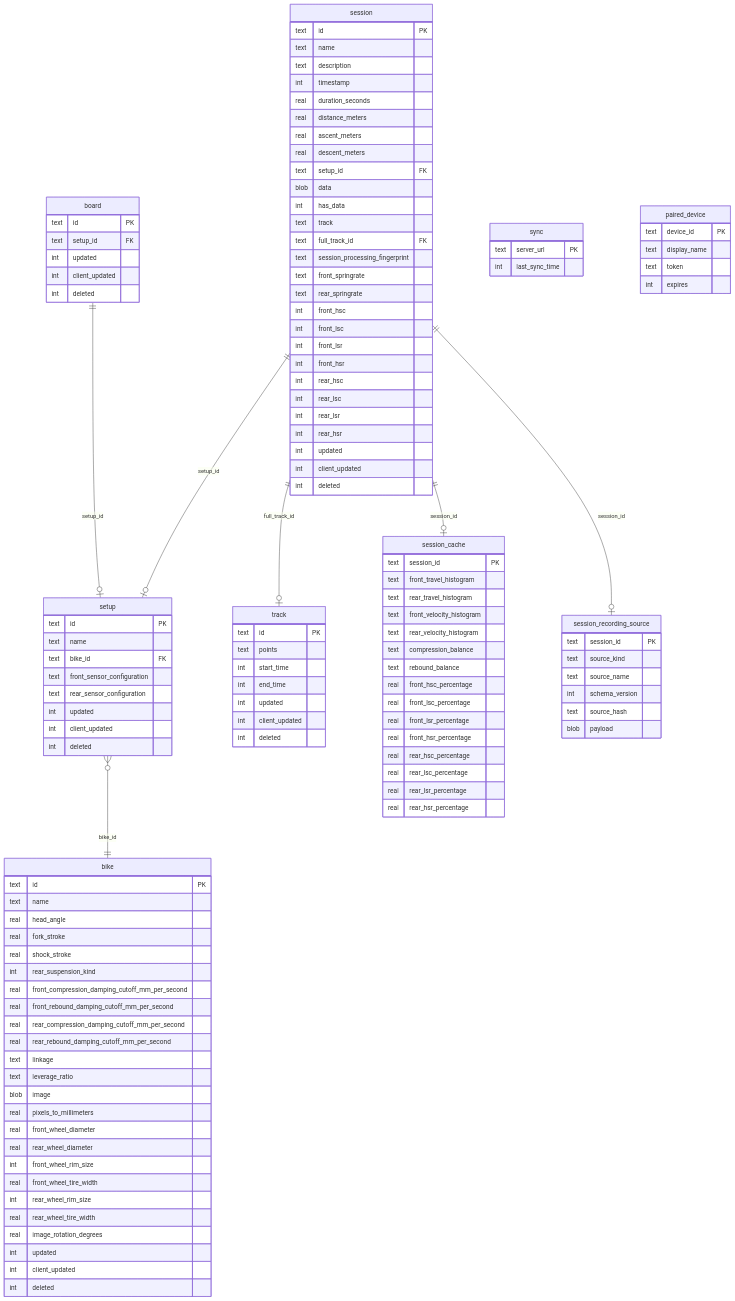
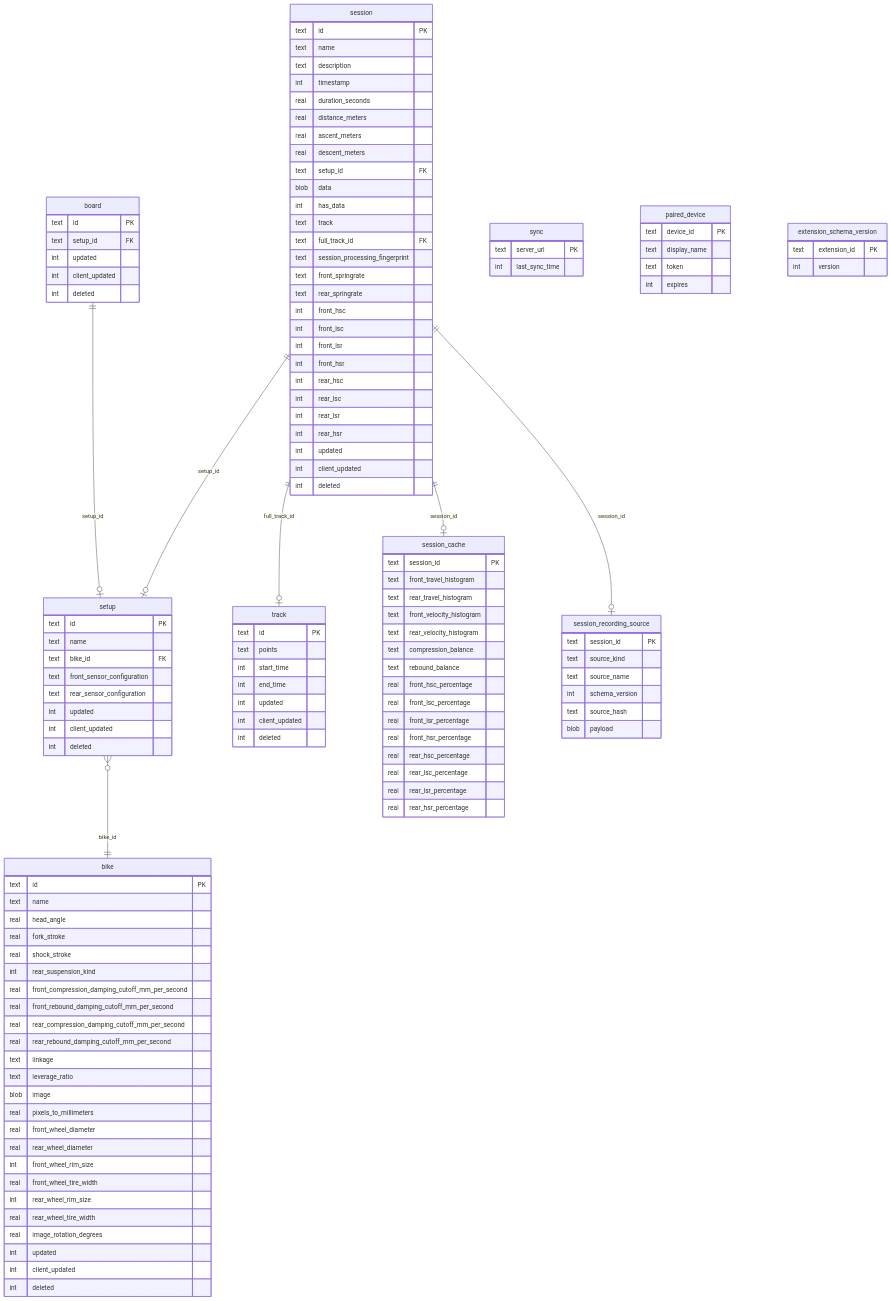
Before and after one commit to MoridinBG/Sufni.app: the diagram in docs/architecture/persistence.md, drawn with Mermaid. The commit also changed other lines of this file and 8 other files, not shown here.

Commit message:
Document extension host architecture

````diff
--- a/docs/architecture/persistence.md
+++ b/docs/architecture/persistence.md
@@ -137,4 +137,9 @@
         text token
         int expires
     }
+
+    extension_schema_version {
+        text extension_id PK
+        int version
+    }
 ```
````
